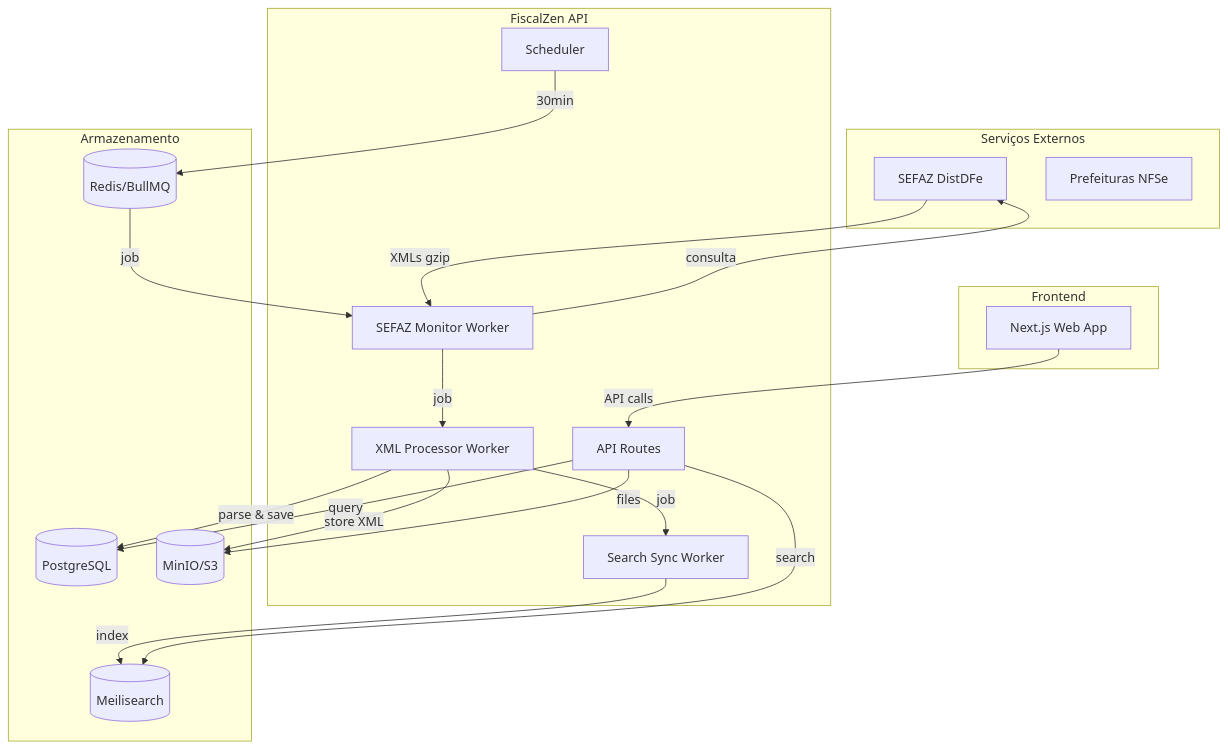
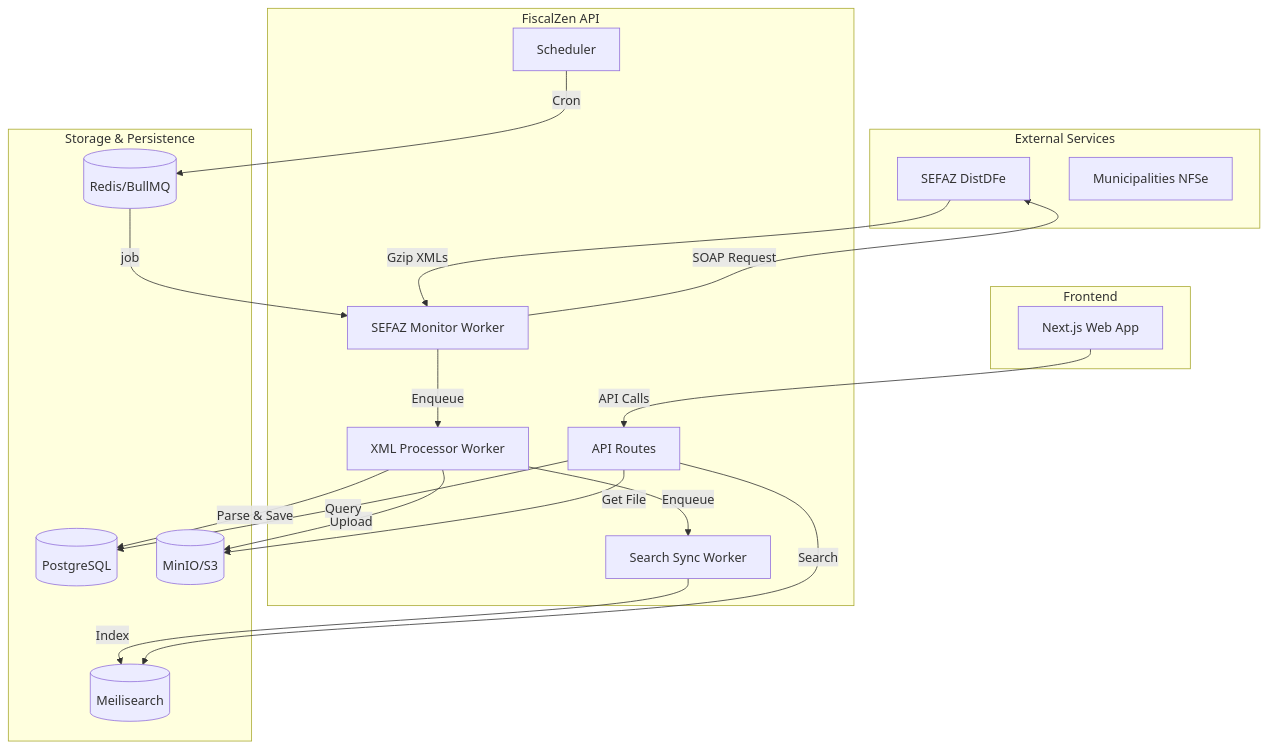
The diagram in .context/docs/data-flow.md (lailtonjunior/fiscalzen-project), drawn with Mermaid before and after one commit. The commit also changed other lines of this file and 23 other files, not shown here.

````diff
--- a/.context/docs/data-flow.md
+++ b/.context/docs/data-flow.md
@@ -12,43 +7,43 @@
 ```mermaid
 flowchart TB
-    subgraph External["Serviços Externos"]
+    subgraph External["External Services"]
         SEFAZ[SEFAZ DistDFe]
-        PREFEITURA[Prefeituras NFSe]
+        PREFEITURA[Municipalities NFSe]
     end
 
     subgraph API["FiscalZen API"]
         SCHEDULER[Scheduler]
         WORKER_SEFAZ[SEFAZ Monitor Worker]
         WORKER_XML[XML Processor Worker]
         WORKER_SEARCH[Search Sync Worker]
         ROUTES[API Routes]
     end
 
-    subgraph Storage["Armazenamento"]
+    subgraph Storage["Storage & Persistence"]
         PG[(PostgreSQL)]
         REDIS[(Redis/BullMQ)]
         MEILI[(Meilisearch)]
         S3[(MinIO/S3)]
     end
 
     subgraph Frontend["Frontend"]
         WEB[Next.js Web App]
     end
 
-    %% Fluxo de sincronização SEFAZ
-    SCHEDULER -->|30min| REDIS
+    %% SEFAZ Sync Flow
+    SCHEDULER -->|Cron| REDIS
     REDIS -->|job| WORKER_SEFAZ
-    WORKER_SEFAZ -->|consulta| SEFAZ
-    SEFAZ -->|XMLs gzip| WORKER_SEFAZ
-    WORKER_SEFAZ -->|job| WORKER_XML
-    WORKER_XML -->|parse & save| PG
-    WORKER_XML -->|store XML| S3
-    WORKER_XML -->|job| WORKER_SEARCH
-    WORKER_SEARCH -->|index| MEILI
+    WORKER_SEFAZ -->|SOAP Request| SEFAZ
+    SEFAZ -->|Gzip XMLs| WORKER_SEFAZ
+    WORKER_SEFAZ -->|Enqueue| WORKER_XML
+    WORKER_XML -->|Parse & Save| PG
+    WORKER_XML -->|Upload| S3
+    WORKER_XML -->|Enqueue| WORKER_SEARCH
+    WORKER_SEARCH -->|Index| MEILI
 
-    %% Fluxo de usuário
-    WEB -->|API calls| ROUTES
-    ROUTES -->|query| PG
-    ROUTES -->|search| MEILI
-    ROUTES -->|files| S3
+    %% User Flow
+    WEB -->|API Calls| ROUTES
+    ROUTES -->|Query| PG
+    ROUTES -->|Search| MEILI
+    ROUTES -->|Get File| S3
 ```
````
